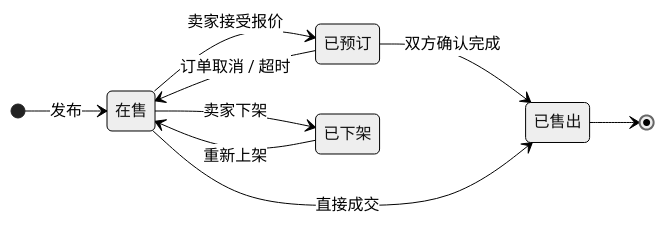
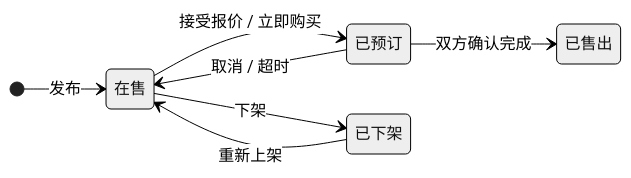
The second of 3 diagrams in docs/ARCHITECTURE.md (ydlo7/campus-flea-market), drawn with Mermaid (neutral theme) before and after one commit. The commit also changed other lines of this file and 11 other files, not shown here.

First line of the commit message:
docs: 全栈版 README / 架构 / PRD / 简历，替换截图

````diff
--- a/docs/ARCHITECTURE.md
+++ b/docs/ARCHITECTURE.md
@@ -30,12 +46,10 @@
 ```mermaid
 stateDiagram-v2
     direction LR
     [*] --> 在售: 发布
-    在售 --> 已预订: 卖家接受报价
-    已预订 --> 在售: 订单取消 / 超时
+    在售 --> 已预订: 接受报价 / 立即购买
+    已预订 --> 在售: 取消 / 超时
     已预订 --> 已售出: 双方确认完成
-    在售 --> 已下架: 卖家下架
+    在售 --> 已下架: 下架
     已下架 --> 在售: 重新上架
-    在售 --> 已售出: 直接成交
-    已售出 --> [*]
 ```
````
